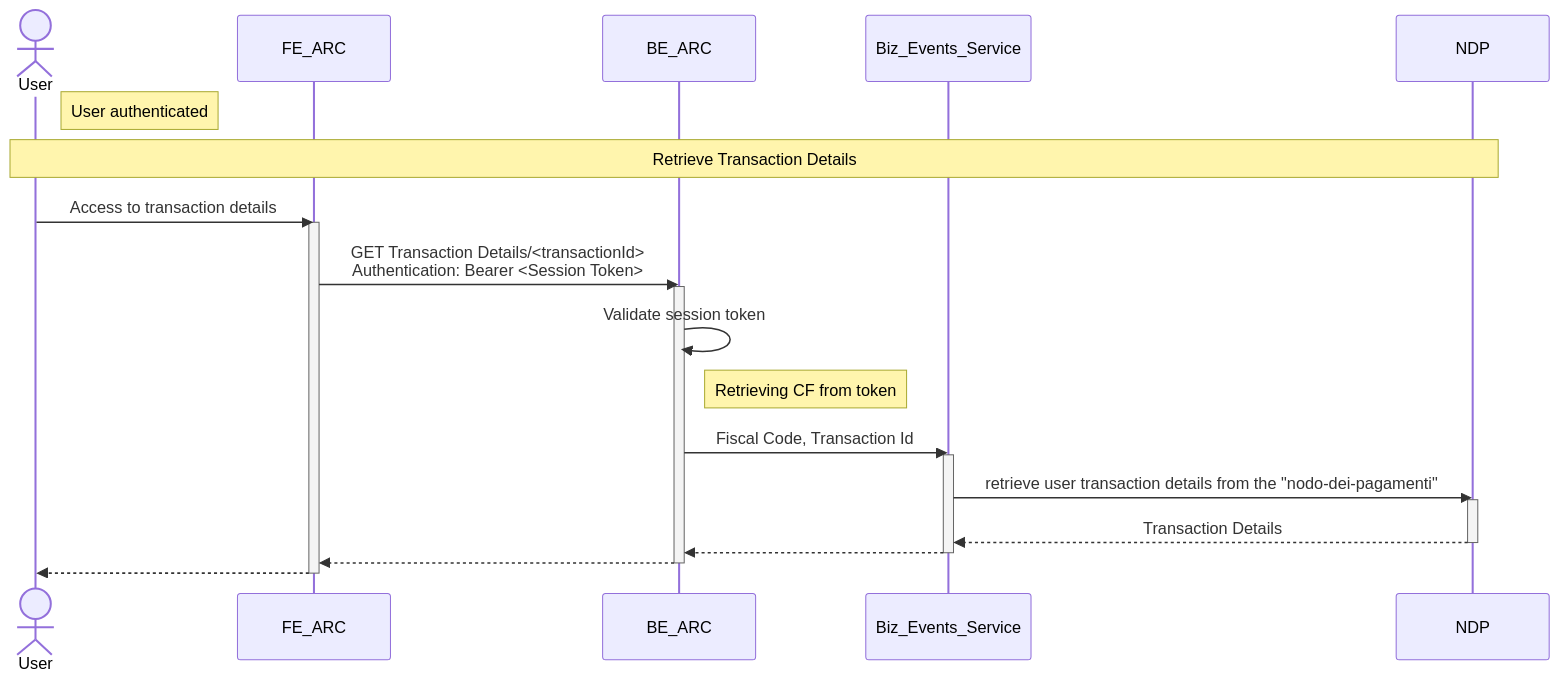
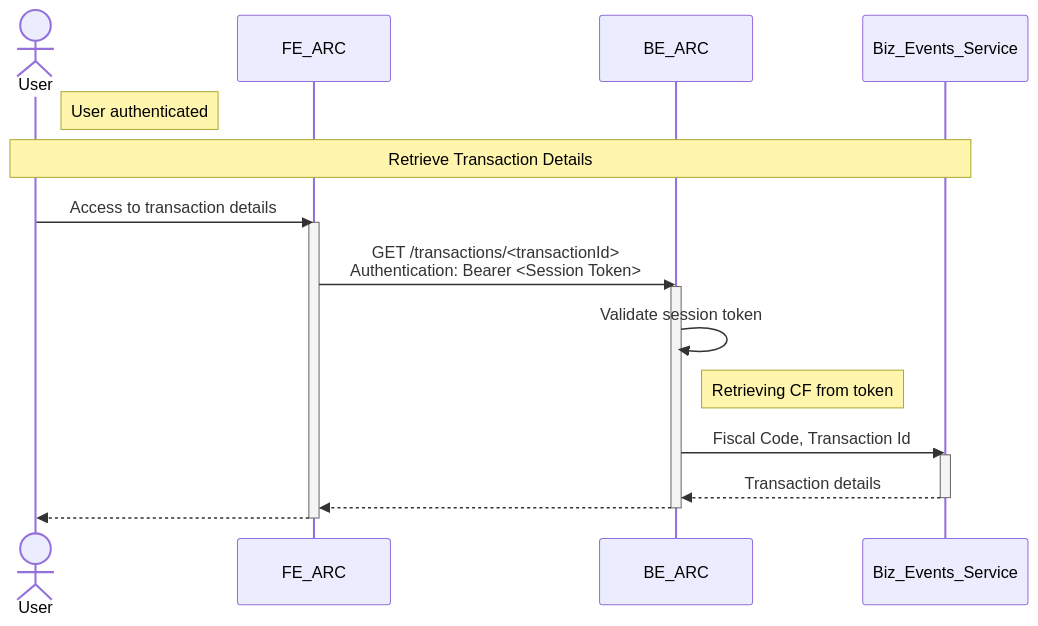
The diagram in design/arc/sequence_diagram_transactionDetails.mmd (pagopa/p4pa-doc), drawn with Mermaid before and after one commit. The commit also changed 2 other files, not shown here.

Commit message:
P4PU-64 updated sequence diagrams

```diff
--- a/design/arc/sequence_diagram_transactionDetails.mmd
+++ b/design/arc/sequence_diagram_transactionDetails.mmd
@@ -1,27 +1,22 @@
 sequenceDiagram
 actor User
 participant FE_ARC
 participant BE_ARC
 participant Biz_Events_Service
-participant NDP
 
 note right of User: User authenticated
-note over User, NDP : Retrieve Transaction Details
+note over User, Biz_Events_Service : Retrieve Transaction Details
     User ->> FE_ARC : Access to transaction details
     activate FE_ARC
-        FE_ARC ->> BE_ARC : GET Transaction Details/<transactionId> <br> Authentication: Bearer <Session Token>
+        FE_ARC ->> BE_ARC : GET /transactions/<transactionId> <br> Authentication: Bearer <Session Token>
         activate BE_ARC
             BE_ARC ->> BE_ARC : Validate session token
             note right of BE_ARC : Retrieving CF from token
             BE_ARC ->> Biz_Events_Service : Fiscal Code, Transaction Id
             activate Biz_Events_Service
-                Biz_Events_Service ->> NDP : retrieve user transaction details from the "nodo-dei-pagamenti"
-                activate NDP
-                    NDP -->> Biz_Events_Service : Transaction Details
-                deactivate NDP
-                Biz_Events_Service -->> BE_ARC : #
+                Biz_Events_Service -->> BE_ARC : Transaction details
             deactivate Biz_Events_Service
             BE_ARC -->> FE_ARC : #
         deactivate BE_ARC
     FE_ARC  -->> User : #
     deactivate FE_ARC
```
